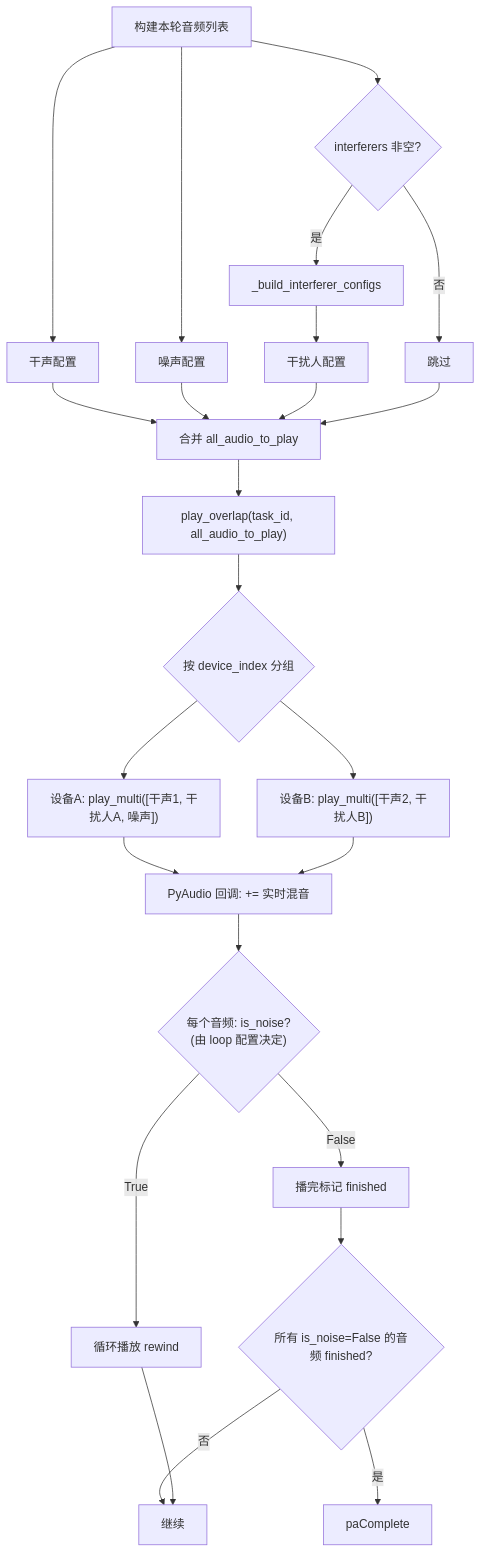
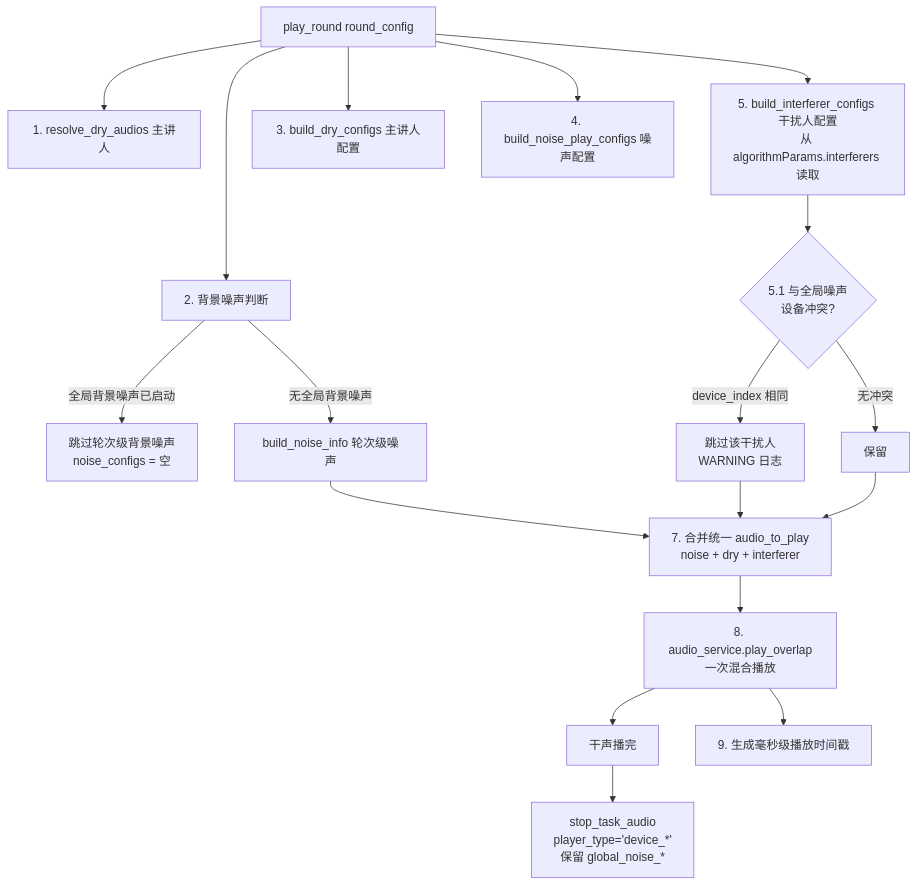
One commit to ydz-auto/intelligent_audio_test changed the diagram in Intelligent-Audio-TEST/doc/voice_llm/04_执行测试/backend/20_干扰人播放模块.md. Above: the diagram before and after it, drawn with Mermaid. The commit also changed other lines of this file and 69 other files, not shown here.

````diff
--- a/Intelligent-Audio-TEST/doc/voice_llm/04_执行测试/backend/20_干扰人播放模块.md
+++ b/Intelligent-Audio-TEST/doc/voice_llm/04_执行测试/backend/20_干扰人播放模块.md
@@ -208,26 +132,20 @@
 ```mermaid
-graph TD
-    A[构建本轮音频列表] --> B[干声配置]
-    A --> C[噪声配置]
-    A --> D{interferers 非空?}
-    D -->|是| E[_build_interferer_configs]
-    D -->|否| F[跳过]
-    E --> G[干扰人配置]
-    B --> H[合并 all_audio_to_play]
-    C --> H
-    G --> H
-    F --> H
-    H --> I["play_overlap(task_id, all_audio_to_play)"]
-    I --> J{按 device_index 分组}
-    J --> K["设备A: play_multi([干声1, 干扰人A, 噪声])"]
-    J --> L["设备B: play_multi([干声2, 干扰人B])"]
-    K --> M["PyAudio 回调: += 实时混音"]
-    L --> M
-    M --> N{"每个音频: is_noise?<br>(由 loop 配置决定)"}
-    N -->|True| O[循环播放 rewind]
-    N -->|False| P[播完标记 finished]
-    P --> Q{所有 is_noise=False 的音频 finished?}
-    Q -->|是| R[paComplete]
-    Q -->|否| S[继续]
-    O --> S
+flowchart TD
+    A[play_round round_config] --> B[1. resolve_dry_audios 主讲人]
+    A --> C[2. 背景噪声判断]
+    C -->|全局背景噪声已启动| C1[跳过轮次级背景噪声<br/>noise_configs = 空]
+    C -->|无全局背景噪声| C2[build_noise_info 轮次级噪声]
+    A --> D[3. build_dry_configs 主讲人配置]
+    A --> E[4. build_noise_play_configs 噪声配置]
+    A --> F[5. build_interferer_configs 干扰人配置<br/>从 algorithmParams.interferers 读取]
+    F --> G{5.1 与全局噪声<br/>设备冲突?}
+    G -->|device_index 相同| H[跳过该干扰人<br/>WARNING 日志]
+    G -->|无冲突| I[保留]
+    H --> J[7. 合并统一 audio_to_play<br/>noise + dry + interferer]
+    I --> J
+    C2 --> J
+    J --> K[8. audio_service.play_overlap<br/>一次混合播放]
+    K --> L[干声播完]
+    L --> M[stop_task_audio<br/>player_type='device_*'<br/>保留 global_noise_*]
+    K --> N[9. 生成毫秒级播放时间戳]
 ```
````
